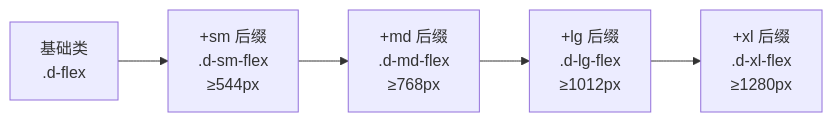
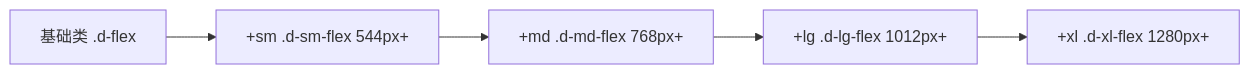
One commit to Cleam/primer-css changed the second of 2 diagrams in learn/09-utilities.md. Above: the diagram before and after it, drawn with Mermaid. The commit also changed other lines of this file and 10 other files, not shown here.

First line of the commit message:
Fix mermaid diagram syntax for GitHub rendering compatibility

````diff
--- a/learn/09-utilities.md
+++ b/learn/09-utilities.md
@@ -306,7 +306,7 @@
 ```mermaid
 graph LR
-    A["基础类<br/>.d-flex"] --> B["+sm 后缀<br/>.d-sm-flex<br/>≥544px"]
-    B --> C["+md 后缀<br/>.d-md-flex<br/>≥768px"]
-    C --> D["+lg 后缀<br/>.d-lg-flex<br/>≥1012px"]
-    D --> E["+xl 后缀<br/>.d-xl-flex<br/>≥1280px"]
+    A["基础类 .d-flex"] --> B["+sm .d-sm-flex 544px+"]
+    B --> C["+md .d-md-flex 768px+"]
+    C --> D["+lg .d-lg-flex 1012px+"]
+    D --> E["+xl .d-xl-flex 1280px+"]
 ```
````
